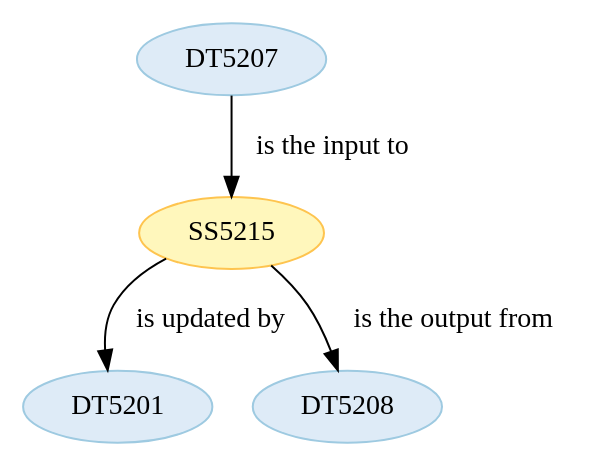
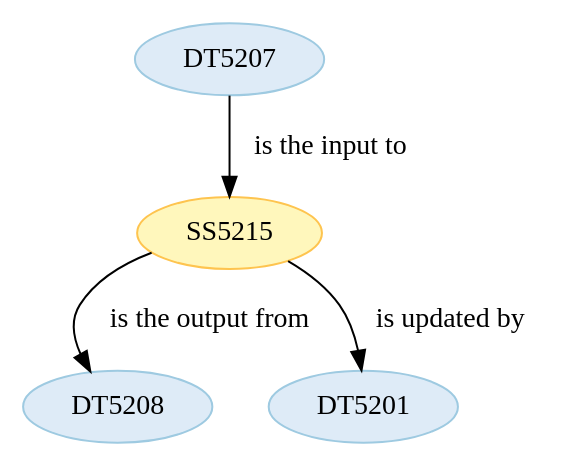
The diagram in wf5201/ST520115.dot (Marco-Salvi/cwl-test), drawn with Graphviz before and after one commit. The commit also changed other lines of this file and 19 other files, not shown here.

```diff
--- a/wf5201/ST520115.dot
+++ b/wf5201/ST520115.dot
@@ -1,18 +1,18 @@
 strict digraph {
 
+
+	"DT5207" [ color="2", colorscheme="blues3", fillcolor="1", style="filled",  weight=0 ];
+
+	"DT5207" -> "SS5215" [ label="is the input to", labeltooltip="DT5207 - is the input to - SS5215",  weight=0 ];
+
+	"DT5208" [ color="2", colorscheme="blues3", fillcolor="1", style="filled",  weight=0 ];
 
 	"SS5215" [ color="2", colorscheme="ylorbr3", fillcolor="1", style="filled",  weight=0 ];
 
 	"SS5215" -> "DT5201" [ label="is updated by", labeltooltip="DT5201 - is updated by - SS5215",  weight=0 ];
 
 	"SS5215" -> "DT5208" [ label="is the output from", labeltooltip="DT5208 - is the output from - SS5215",  weight=0 ];
 
 	"DT5201" [ color="2", colorscheme="blues3", fillcolor="1", style="filled",  weight=0 ];
 
-	"DT5207" [ color="2", colorscheme="blues3", fillcolor="1", style="filled",  weight=0 ];
-
-	"DT5207" -> "SS5215" [ label="is the input to", labeltooltip="DT5207 - is the input to - SS5215",  weight=0 ];
-
-	"DT5208" [ color="2", colorscheme="blues3", fillcolor="1", style="filled",  weight=0 ];
-
 }
```
